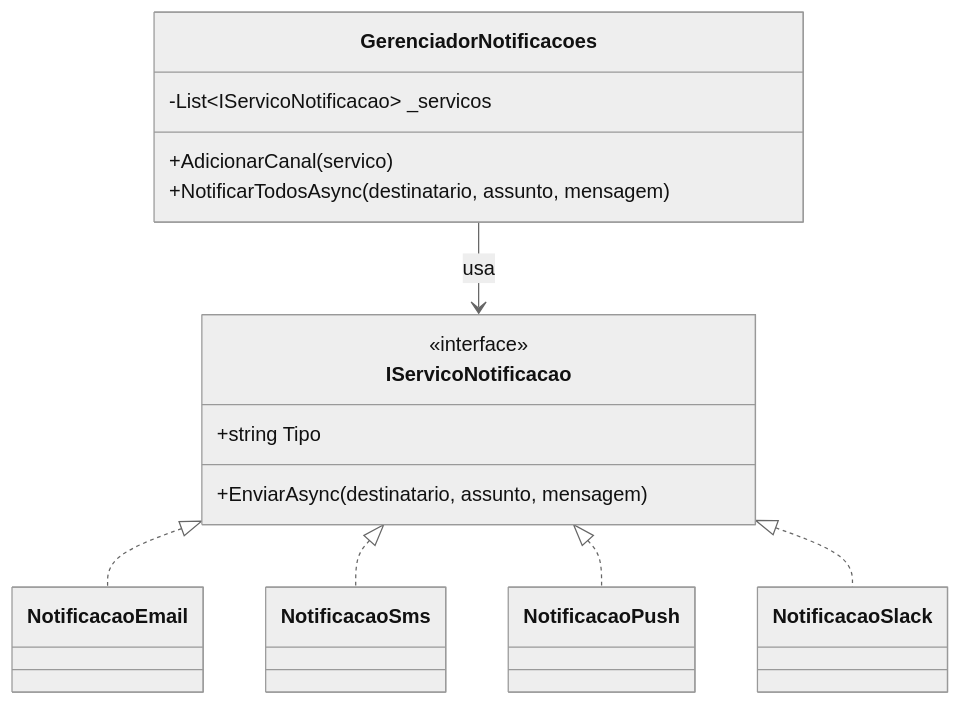
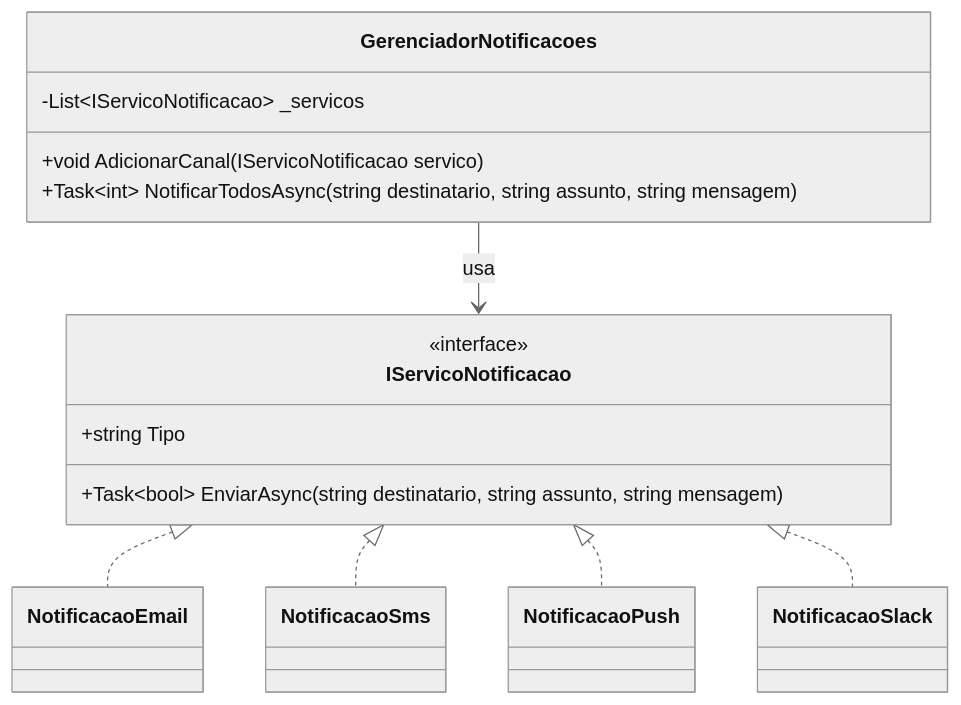
Before and after one commit to luiscarlosjunior/aulas-graduacao: the third of 4 diagrams in 02-programacao/csharp/03-orientacao-objetos/GUIA-DIDATICO.md, drawn with Mermaid (neutral theme). The commit also changed other lines of this file and 1 other file, not shown here.

First line of the commit message:
docs: refinar diagramas e links do guia

````diff
--- a/02-programacao/csharp/03-orientacao-objetos/GUIA-DIDATICO.md
+++ b/02-programacao/csharp/03-orientacao-objetos/GUIA-DIDATICO.md
@@ -257,25 +257,25 @@
 ```mermaid
 classDiagram
     class IServicoNotificacao {
         <<interface>>
         +string Tipo
-        +EnviarAsync(destinatario, assunto, mensagem)
+        +Task~bool~ EnviarAsync(string destinatario, string assunto, string mensagem)
     }
 
     class NotificacaoEmail
     class NotificacaoSms
     class NotificacaoPush
     class NotificacaoSlack
 
     class GerenciadorNotificacoes {
         -List~IServicoNotificacao~ _servicos
-        +AdicionarCanal(servico)
-        +NotificarTodosAsync(destinatario, assunto, mensagem)
+        +void AdicionarCanal(IServicoNotificacao servico)
+        +Task~int~ NotificarTodosAsync(string destinatario, string assunto, string mensagem)
     }
 
     IServicoNotificacao <|.. NotificacaoEmail
     IServicoNotificacao <|.. NotificacaoSms
     IServicoNotificacao <|.. NotificacaoPush
     IServicoNotificacao <|.. NotificacaoSlack
     GerenciadorNotificacoes --> IServicoNotificacao : usa
 ```
````
